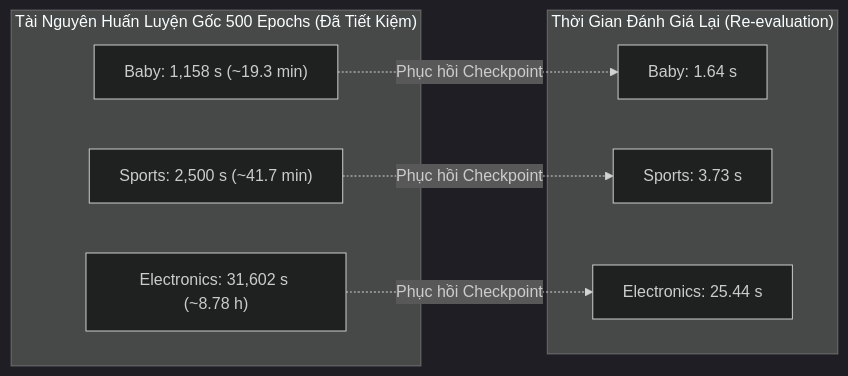
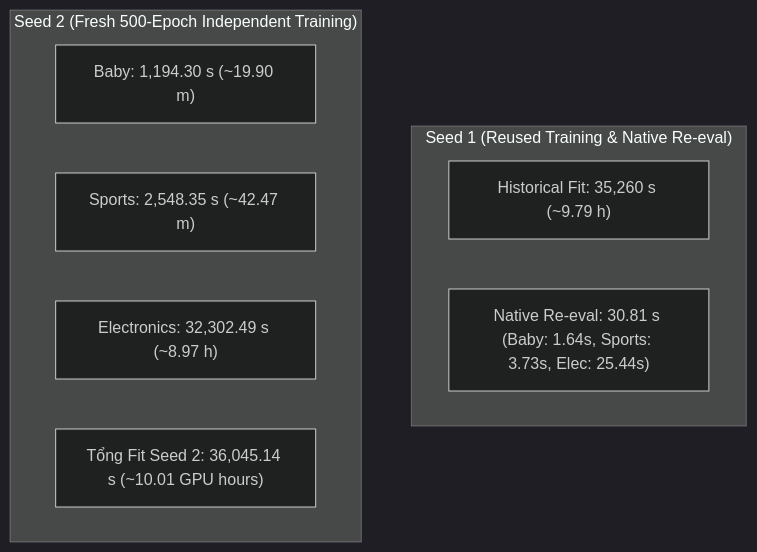
The diagram in docs/giai_doan_6/ECLIPSE_Ablation_Study_wo_EC.md (ThanhChuong12/STAIR-Enhanced), drawn with Mermaid (dark theme) before and after one commit. The commit also changed other lines of this file and 2 other files, not shown here.

Commit message:
docs(ablation): update ECLIPSE w/o EC execution plan and ablation study with seed 2 results

````diff
--- a/docs/giai_doan_6/ECLIPSE_Ablation_Study_wo_EC.md
+++ b/docs/giai_doan_6/ECLIPSE_Ablation_Study_wo_EC.md
@@ -157,16 +178,13 @@
 ```mermaid
-graph LR
-    subgraph "Tài Nguyên Huấn Luyện Gốc 500 Epochs (Đã Tiết Kiệm)"
-        B_fit["Baby: 1,158 s (~19.3 min)"]
-        S_fit["Sports: 2,500 s (~41.7 min)"]
-        E_fit["Electronics: 31,602 s (~8.78 h)"]
+graph TD
+    subgraph "Seed 1 (Reused Training & Native Re-eval)"
+        S1_fit["Historical Fit: 35,260 s (~9.79 h)"]
+        S1_eval["Native Re-eval: 30.81 s (Baby: 1.64s, Sports: 3.73s, Elec: 25.44s)"]
     end
-    subgraph "Thời Gian Đánh Giá Lại (Re-evaluation)"
-        B_eval["Baby: 1.64 s"]
-        S_eval["Sports: 3.73 s"]
-        E_eval["Electronics: 25.44 s"]
+    subgraph "Seed 2 (Fresh 500-Epoch Independent Training)"
+        S2_baby["Baby: 1,194.30 s (~19.90 m)"]
+        S2_sports["Sports: 2,548.35 s (~42.47 m)"]
+        S2_elec["Electronics: 32,302.49 s (~8.97 h)"]
+        S2_total["Tổng Fit Seed 2: 36,045.14 s (~10.01 GPU hours)"]
     end
-    B_fit -.->|Phục hồi Checkpoint| B_eval
-    S_fit -.->|Phục hồi Checkpoint| S_eval
-    E_fit -.->|Phục hồi Checkpoint| E_eval
 ```
````
